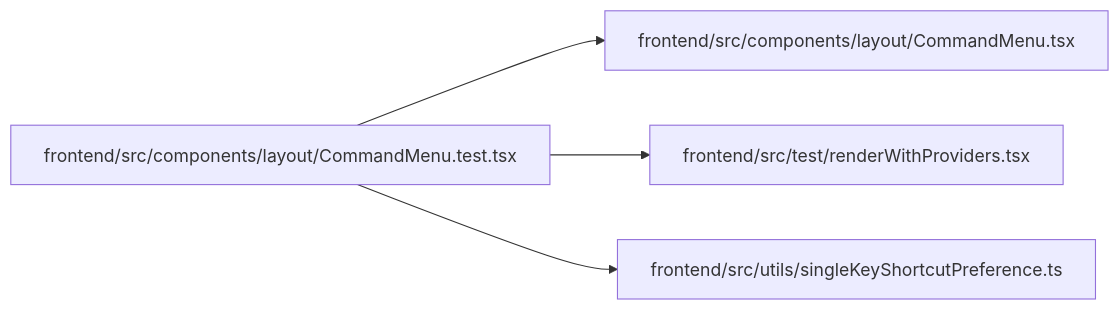
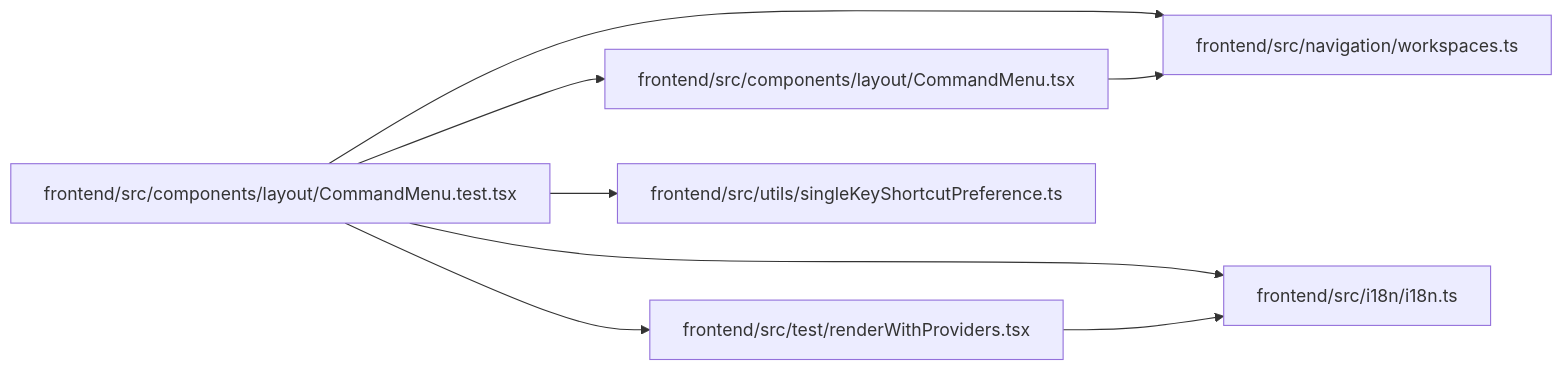
Before and after one commit to Denissvgn/WorkChord: the diagram in docs/llm_wiki/modules/CommandMenu.test.md, drawn with Mermaid. The commit also changed other lines of this file and 331 other files, not shown here.

````diff
--- a/docs/llm_wiki/modules/CommandMenu.test.md
+++ b/docs/llm_wiki/modules/CommandMenu.test.md
@@ -30,14 +32,22 @@
 ```mermaid
 flowchart LR
     n0["frontend/src/components/layout/CommandMenu.test.tsx"]
     n1["frontend/src/components/layout/CommandMenu.tsx"]
-    n2["frontend/src/test/renderWithProviders.tsx"]
-    n3["frontend/src/utils/singleKeyShortcutPreference.ts"]
+    n2["frontend/src/i18n/i18n.ts"]
+    n3["frontend/src/navigation/workspaces.ts"]
+    n4["frontend/src/test/renderWithProviders.tsx"]
+    n5["frontend/src/utils/singleKeyShortcutPreference.ts"]
     n0 --> n1
     n0 --> n2
     n0 --> n3
+    n0 --> n4
+    n0 --> n5
+    n1 --> n3
+    n4 --> n2
     click n0 "../modules/CommandMenu.test.md"
     click n1 "../modules/CommandMenu.md"
-    click n2 "../modules/renderWithProviders.md"
-    click n3 "../modules/singleKeyShortcutPreference.md"
+    click n2 "../modules/i18n.md"
+    click n3 "../modules/workspaces.md"
+    click n4 "../modules/renderWithProviders.md"
+    click n5 "../modules/singleKeyShortcutPreference.md"
 ```
````
